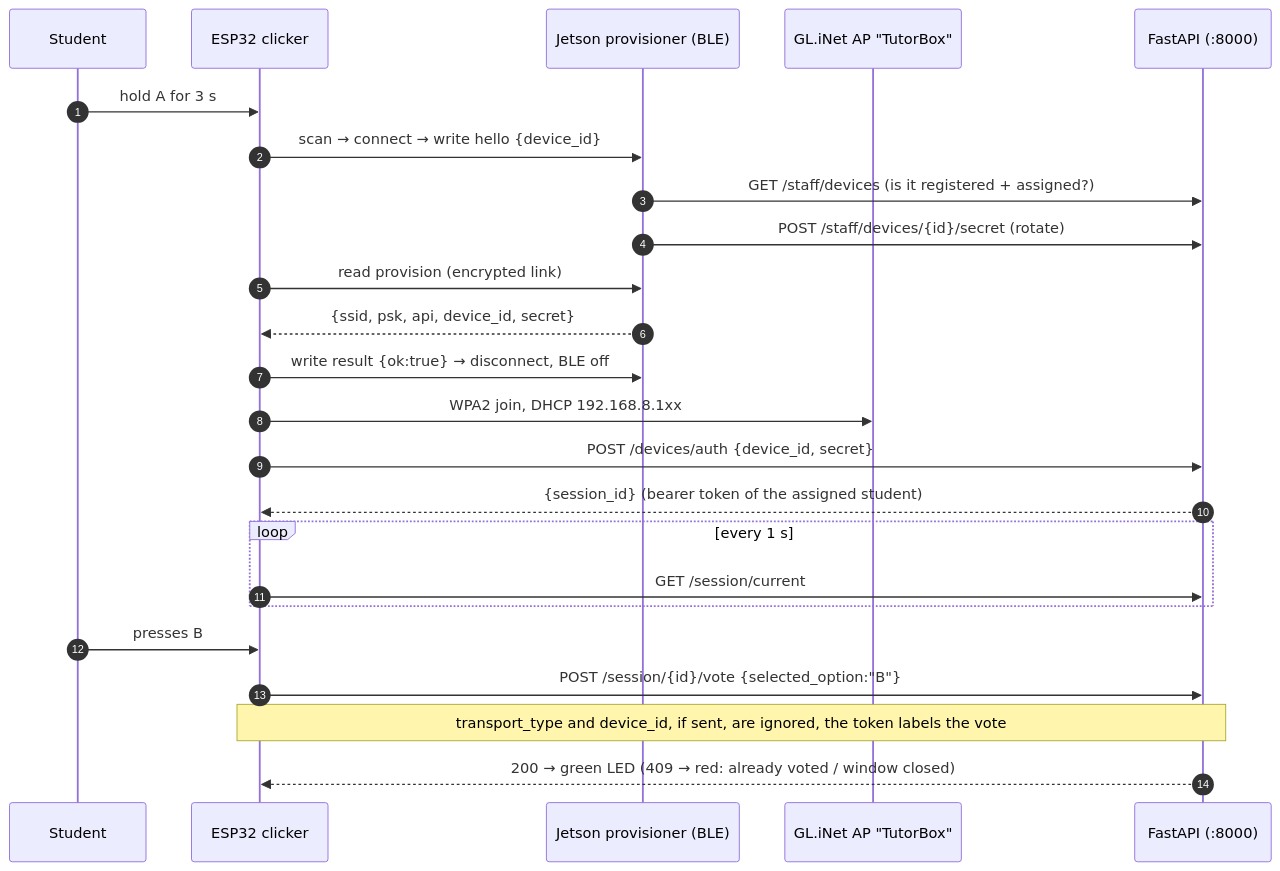
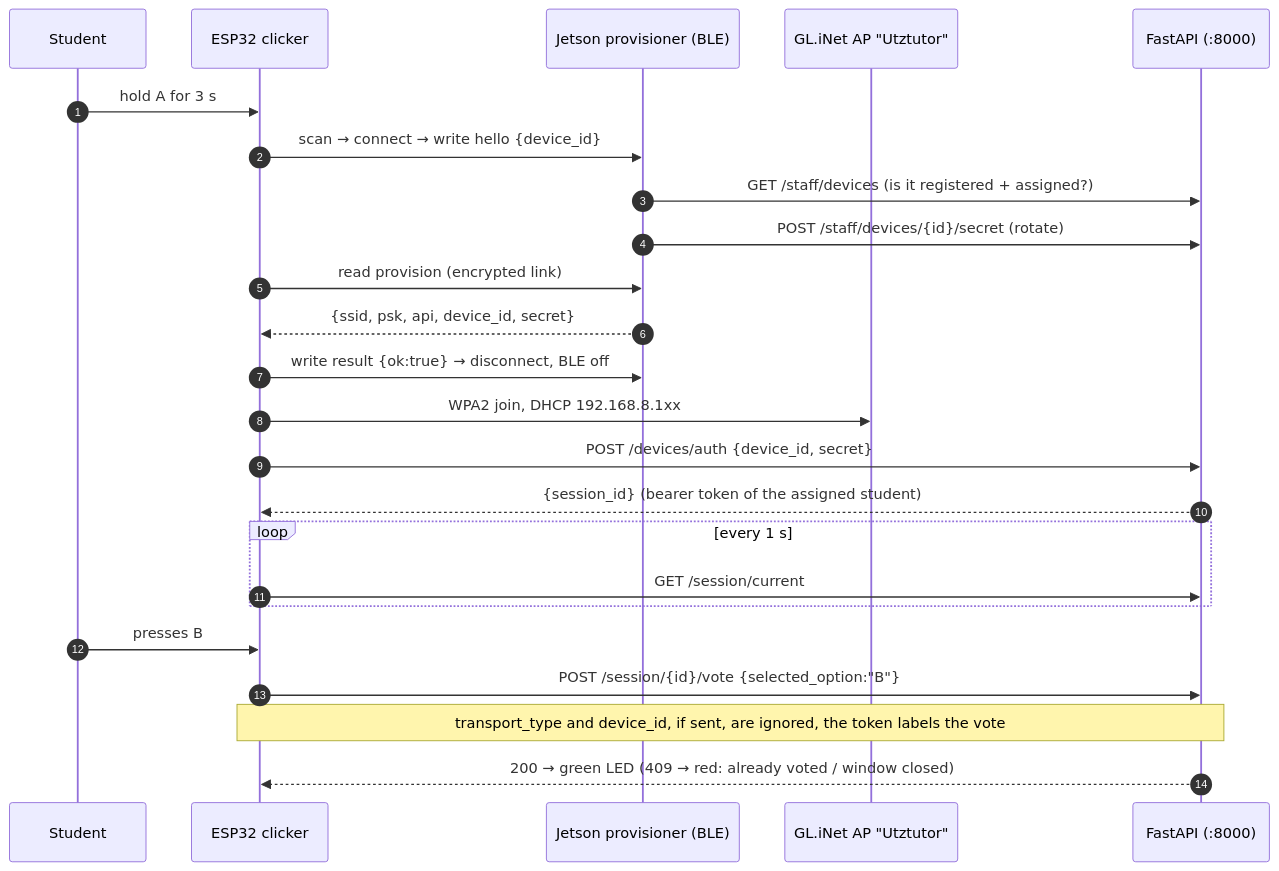
One commit to GabGP/TutorBox changed the first of 2 diagrams in docs/architecture/esp32-protocol.md. Above: the diagram before and after it, drawn with Mermaid. The commit also changed other lines of this file and 40 other files, not shown here.

````diff
--- a/docs/architecture/esp32-protocol.md
+++ b/docs/architecture/esp32-protocol.md
@@ -51,27 +51,27 @@
 ```mermaid
 sequenceDiagram
     autonumber
     participant Kid as Student
     participant ESP as ESP32 clicker
     participant BT as Jetson provisioner (BLE)
-    participant AP as GL.iNet AP "TutorBox"
+    participant AP as GL.iNet AP "Utztutor"
     participant API as FastAPI (:8000)
 
     Kid->>ESP: hold A for 3 s
     ESP->>BT: scan → connect → write hello {device_id}
     BT->>API: GET /staff/devices (is it registered + assigned?)
     BT->>API: POST /staff/devices/{id}/secret (rotate)
     ESP->>BT: read provision (encrypted link)
     BT-->>ESP: {ssid, psk, api, device_id, secret}
     ESP->>BT: write result {ok:true} → disconnect, BLE off
     ESP->>AP: WPA2 join, DHCP 192.168.8.1xx
     ESP->>API: POST /devices/auth {device_id, secret}
     API-->>ESP: {session_id} (bearer token of the assigned student)
     loop every 1 s
         ESP->>API: GET /session/current
     end
     Kid->>ESP: presses B
     ESP->>API: POST /session/{id}/vote {selected_option:"B"}
     Note over ESP,API: transport_type and device_id, if sent, are ignored, the token labels the vote
     API-->>ESP: 200 → green LED (409 → red: already voted / window closed)
 ```
````
